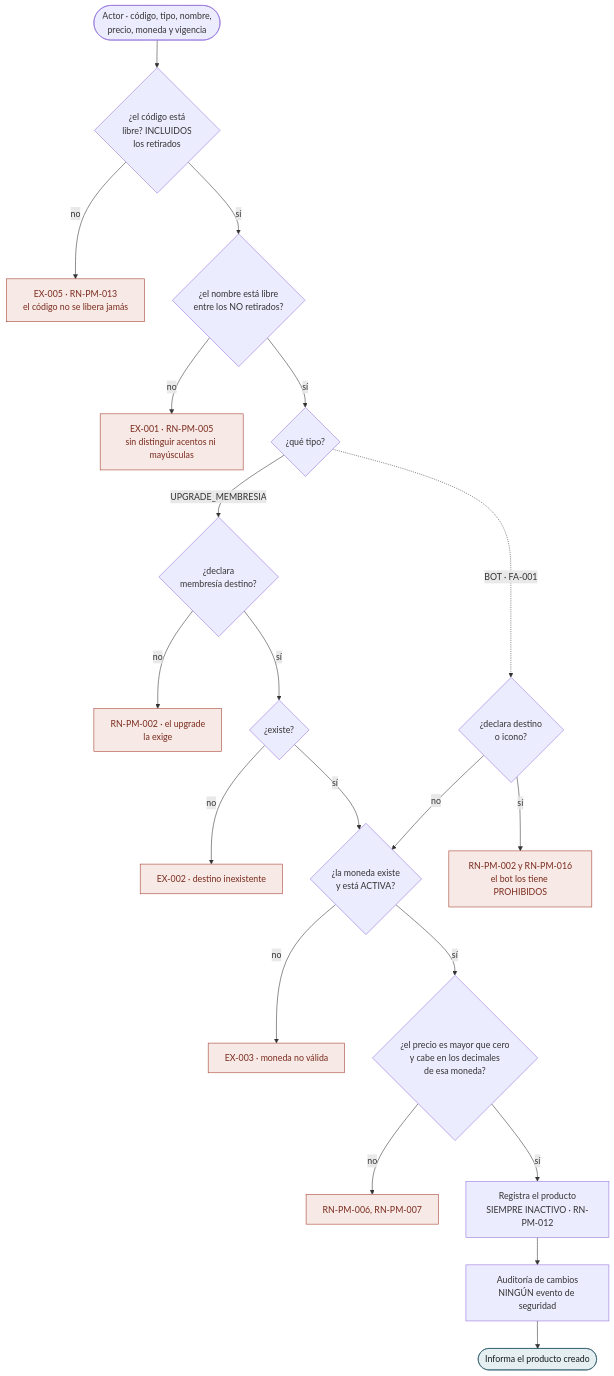
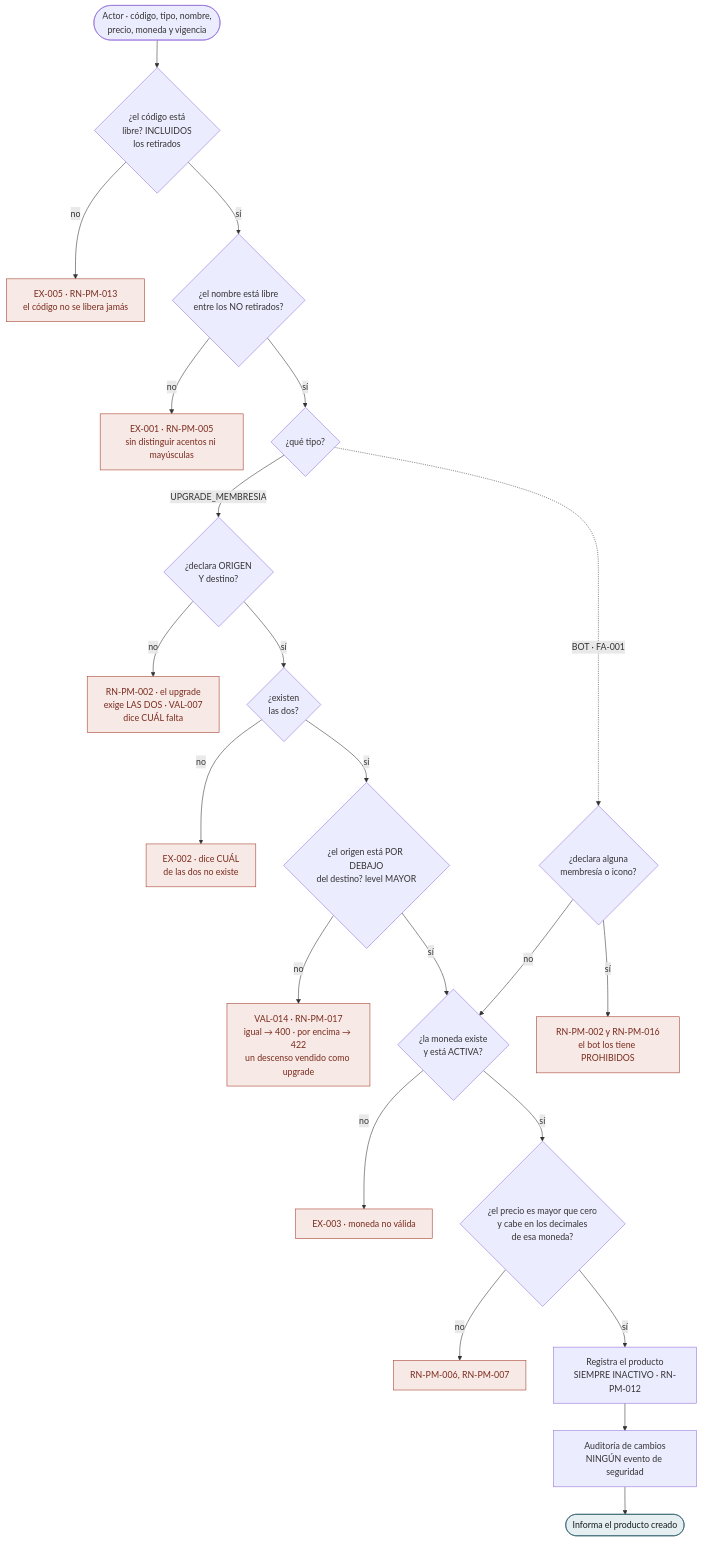
The first of 7 diagrams in docs/flujos/pm/flujos-por-caso.md (NexusPro-Dev/backend), drawn with Mermaid before and after one commit. The commit also changed other lines of this file and 53 other files, not shown here.

````diff
--- a/docs/flujos/pm/flujos-por-caso.md
+++ b/docs/flujos/pm/flujos-por-caso.md
@@ -36,28 +36,30 @@
 ```mermaid
 flowchart TD
     A(["Actor · código, tipo, nombre,<br/>precio, moneda y vigencia"])
     A --> V1{"¿el código está<br/>libre? INCLUIDOS<br/>los retirados"}
     V1 -->|no| E5["EX-005 · RN-PM-013<br/>el código no se libera jamás"]
     V1 -->|sí| V2{"¿el nombre está libre<br/>entre los NO retirados?"}
     V2 -->|no| E1["EX-001 · RN-PM-005<br/>sin distinguir acentos ni mayúsculas"]
     V2 -->|sí| D1{"¿qué tipo?"}
-    D1 -->|"UPGRADE_MEMBRESIA"| V3{"¿declara<br/>membresía destino?"}
-    V3 -->|no| E0["RN-PM-002 · el upgrade<br/>la exige"]
-    V3 -->|sí| V4{"¿existe?"}
-    V4 -->|no| E2["EX-002 · destino inexistente"]
-    V4 -->|sí| V6
-    D1 -.->|"BOT · FA-001"| V5{"¿declara destino<br/>o icono?"}
+    D1 -->|"UPGRADE_MEMBRESIA"| V3{"¿declara ORIGEN<br/>Y destino?"}
+    V3 -->|no| E0["RN-PM-002 · el upgrade<br/>exige LAS DOS · VAL-007<br/>dice CUÁL falta"]
+    V3 -->|sí| V4{"¿existen<br/>las dos?"}
+    V4 -->|no| E2["EX-002 · dice CUÁL<br/>de las dos no existe"]
+    V4 -->|sí| V8{"¿el origen está POR DEBAJO<br/>del destino? level MAYOR"}
+    V8 -->|no| E4["VAL-014 · RN-PM-017<br/>igual → 400 · por encima → 422<br/>un descenso vendido como upgrade"]
+    V8 -->|sí| V6
+    D1 -.->|"BOT · FA-001"| V5{"¿declara alguna<br/>membresía o icono?"}
     V5 -->|sí| E00["RN-PM-002 y RN-PM-016<br/>el bot los tiene PROHIBIDOS"]
     V5 -->|no| V6{"¿la moneda existe<br/>y está ACTIVA?"}
     V6 -->|no| E3["EX-003 · moneda no válida"]
     V6 -->|sí| V7{"¿el precio es mayor que cero<br/>y cabe en los decimales<br/>de esa moneda?"}
     V7 -->|no| E01["RN-PM-006, RN-PM-007"]
     V7 -->|sí| P1["Registra el producto<br/>SIEMPRE INACTIVO · RN-PM-012"]
     P1 --> P2["Auditoría de cambios<br/>NINGÚN evento de seguridad"]
     P2 --> FIN(["Informa el producto creado"])
 
     classDef ex fill:#F7E9E5,stroke:#A33B2A,color:#7A2B1E
     classDef ok fill:#E5EEF0,stroke:#2D5A6B,color:#141B1E
-    class E0,E00,E01,E1,E2,E3,E5 ex
+    class E0,E00,E01,E1,E2,E3,E4,E5 ex
     class FIN ok
 ```
````
